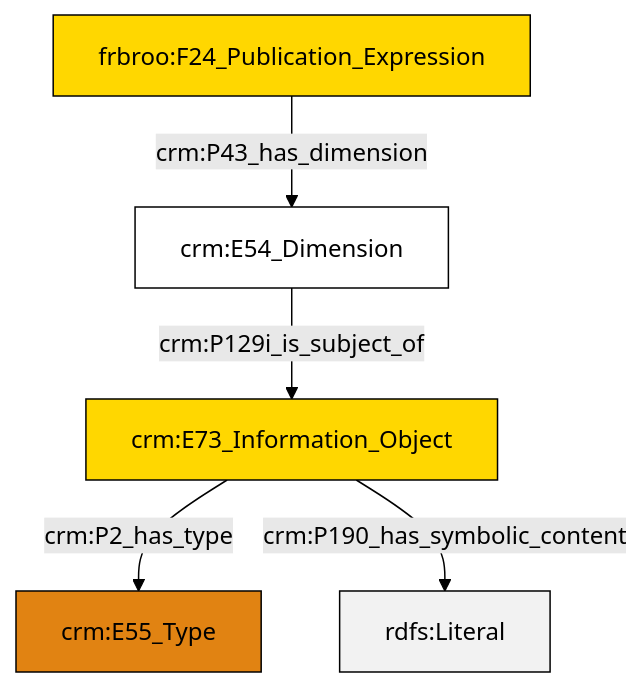
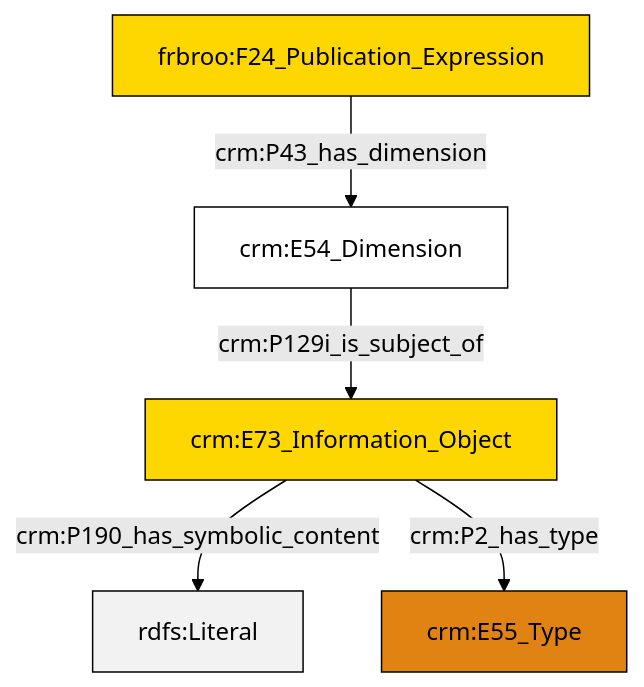
One commit to swiss-art-research-net/docs.swissartresearch changed the diagram in et/biblioCSV/ttl/mmd/biblio_substance.ttl.mmd. Above: the diagram before and after it, drawn with Mermaid (forest theme). The commit also changed 204 other files, not shown here.

```diff
--- a/et/biblioCSV/ttl/mmd/biblio_substance.ttl.mmd
+++ b/et/biblioCSV/ttl/mmd/biblio_substance.ttl.mmd
@@ -1,19 +1,19 @@
 graph TD
 classDef Literal fill:#f2f2f2,stroke:#000000;
 classDef CRM_Entity fill:#FFFFFF,stroke:#000000;
 classDef Temporal_Entity fill:#00C9E6, stroke:#000000;
 classDef Type fill:#E18312, stroke:#000000;
 classDef Time-Span fill:#2C9C91, stroke:#000000;
 classDef Appellation fill:#FFEB7F, stroke:#000000;
 classDef Place fill:#008836, stroke:#000000;
 classDef Persistent_Item fill:#B266B2, stroke:#000000;
 classDef Conceptual_Object fill:#FFD700, stroke:#000000;
 classDef Physical_Thing fill:#D2B48C, stroke:#000000;
 classDef Actor fill:#f58aad, stroke:#000000;
 classDef PC_Classes fill:#4ce600, stroke:#000000;
 classDef Multi fill:#cccccc,stroke:#000000;
 
-0["frbroo:F24_Publication_Expression"]:::Conceptual_Object -->|crm:P43_has_dimension| 1["crm:E54_Dimension"]:::CRM_Entity
-3["crm:E73_Information_Object"]:::Conceptual_Object -->|crm:P2_has_type| 4["crm:E55_Type"]:::Type
-1["crm:E54_Dimension"]:::CRM_Entity -->|crm:P129i_is_subject_of| 3["crm:E73_Information_Object"]:::Conceptual_Object
-3["crm:E73_Information_Object"]:::Conceptual_Object -->|crm:P190_has_symbolic_content| 7[rdfs:Literal]:::Literal
+2["crm:E73_Information_Object"]:::Conceptual_Object -->|crm:P190_has_symbolic_content| 4[rdfs:Literal]:::Literal
+2["crm:E73_Information_Object"]:::Conceptual_Object -->|crm:P2_has_type| 0["crm:E55_Type"]:::Type
+5["crm:E54_Dimension"]:::CRM_Entity -->|crm:P129i_is_subject_of| 2["crm:E73_Information_Object"]:::Conceptual_Object
+7["frbroo:F24_Publication_Expression"]:::Conceptual_Object -->|crm:P43_has_dimension| 5["crm:E54_Dimension"]:::CRM_Entity
```
